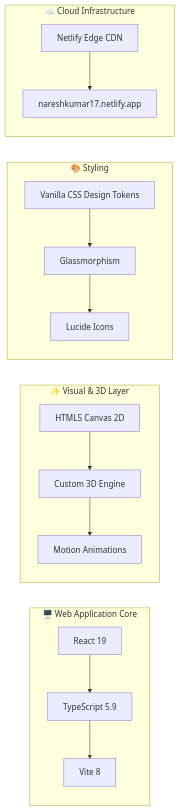
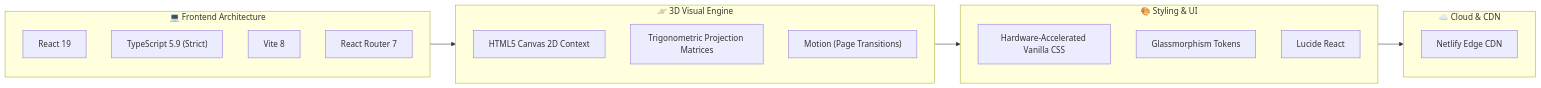
Before and after one commit to Naresh-Kumar17/portoflio_naresh: the third of 3 diagrams in README.md, drawn with Mermaid. The commit also changed other lines of this file, not shown here.

Commit message:
docs: showcase 3D cosmos engine architecture, mathematics, and spatial constellation layout in README

````diff
--- a/README.md
+++ b/README.md
@@ -139,21 +203,29 @@
 ```mermaid
 graph LR
-    subgraph Frontend ["🖥️ Web Application Core"]
-        A[React 19] --> B[TypeScript 5.9]
-        B --> C[Vite 8]
+    subgraph Core ["💻 Frontend Architecture"]
+        R19["React 19"]
+        TS["TypeScript 5.9 (Strict)"]
+        VITE["Vite 8"]
+        ROUTER["React Router 7"]
     end
 
-    subgraph Graphics ["✨ Visual & 3D Layer"]
-        D[HTML5 Canvas 2D] --> E[Custom 3D Engine]
-        E --> F[Motion Animations]
+    subgraph Graphics ["🪐 3D Visual Engine"]
+        CANVAS["HTML5 Canvas 2D Context"]
+        MATH["Trigonometric Projection Matrices"]
+        MOTION["Motion (Page Transitions)"]
     end
 
-    subgraph Design ["🎨 Styling"]
-        G[Vanilla CSS Design Tokens] --> H[Glassmorphism]
-        H --> I[Lucide Icons]
+    subgraph DesignSystem ["🎨 Styling & UI"]
+        CSS["Hardware-Accelerated Vanilla CSS"]
+        GLASS["Glassmorphism Tokens"]
+        ICONS["Lucide React"]
     end
 
-    subgraph Hosting ["☁️ Cloud Infrastructure"]
-        J[Netlify Edge CDN] --> K[nareshkumar17.netlify.app]
+    subgraph Hosting ["☁️ Cloud & CDN"]
+        NETLIFY["Netlify Edge CDN"]
     end
+
+    Core --> Graphics
+    Graphics --> DesignSystem
+    DesignSystem --> Hosting
 ```
````
